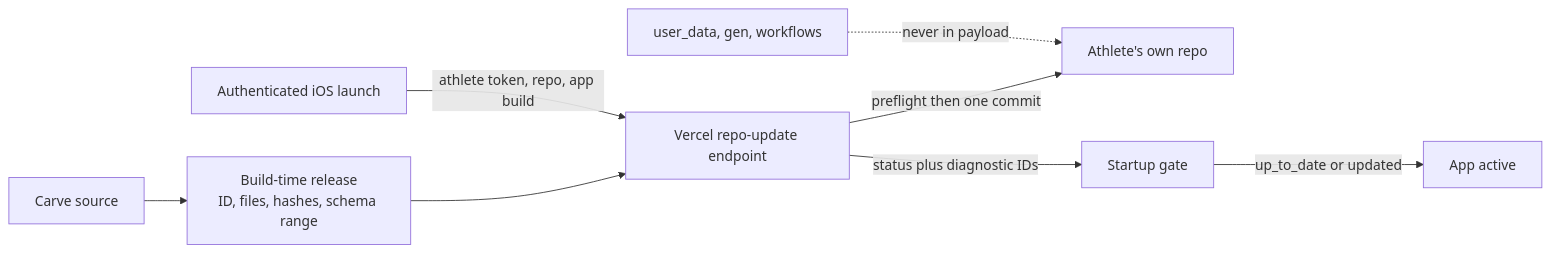
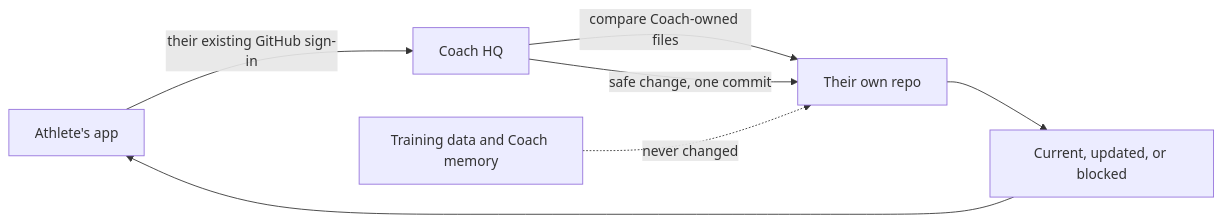
The second of 3 diagrams in docs/plans/platform-athlete-repo-updates-v1.md (sibling-shipyard/coach-hq), drawn with Mermaid before and after one commit. The commit also changed other lines of this file, not shown here.

Commit message:
core: rewrite repo update plan for reviewers (#327)

````diff
--- a/docs/plans/platform-athlete-repo-updates-v1.md
+++ b/docs/plans/platform-athlete-repo-updates-v1.md
@@ -29,10 +30,8 @@
 ```mermaid
 flowchart LR
-  source["Carve source"] --> bundle["Build-time release<br/>ID, files, hashes, schema range"]
-  bundle --> api["Vercel repo-update endpoint"]
-  ios["Authenticated iOS launch"] -->|athlete token, repo, app build| api
-  api -->|preflight then one commit| repo["Athlete's own repo"]
-  api -->|status plus diagnostic IDs| gate["Startup gate"]
-  gate -->|up_to_date or updated| active["App active"]
-  data["user_data, gen, workflows"] -.->|never in payload| repo
+  phone["Athlete's app"] -->|their existing GitHub sign-in| hq["Coach HQ"]
+  hq -->|compare Coach-owned files| repo["Their own repo"]
+  hq -->|safe change, one commit| repo
+  repo --> result["Current, updated, or blocked"] --> phone
+  private["Training data and Coach memory"] -.->|never changed| repo
 ```
````
